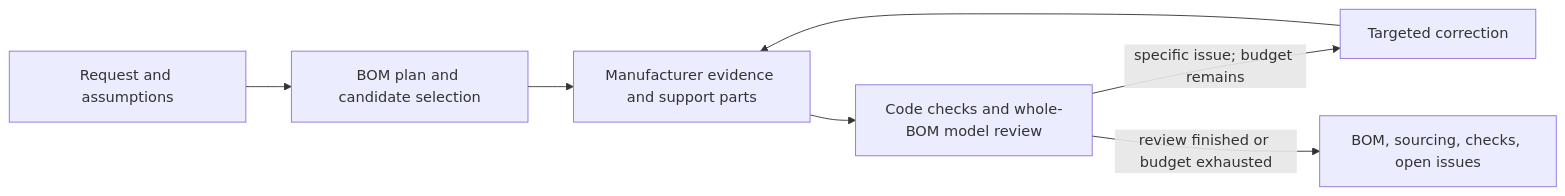
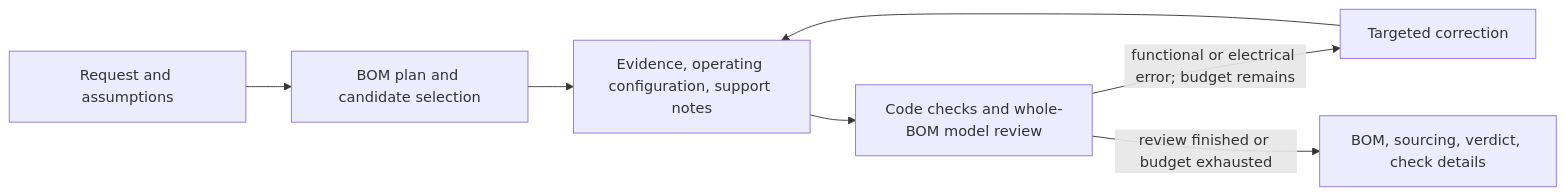
One commit to phuhduong/jigsaw changed the diagram in docs/architecture/practical-bom-workflow.md. Above: the diagram before and after it, drawn with Mermaid. The commit also changed other lines of this file and 3 other files, not shown here.

````diff
--- a/docs/architecture/practical-bom-workflow.md
+++ b/docs/architecture/practical-bom-workflow.md
@@ -52,9 +55,9 @@
 ```mermaid
 flowchart LR
     A[Request and assumptions] --> B[BOM plan and candidate selection]
-    B --> C[Manufacturer evidence and support parts]
+    B --> C[Evidence, operating configuration, support notes]
     C --> D[Code checks and whole-BOM model review]
-    D -->|specific issue; budget remains| E[Targeted correction]
+    D -->|functional or electrical error; budget remains| E[Targeted correction]
     E --> C
-    D -->|review finished or budget exhausted| F[BOM, sourcing, checks, open issues]
+    D -->|review finished or budget exhausted| F[BOM, sourcing, verdict, check details]
 ```
````
